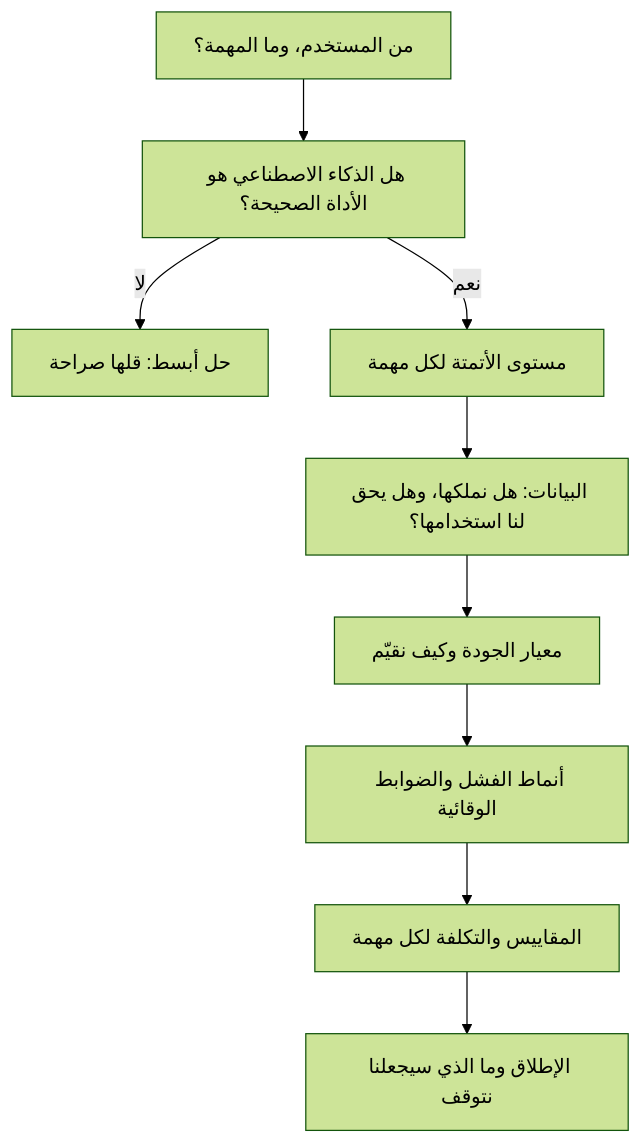
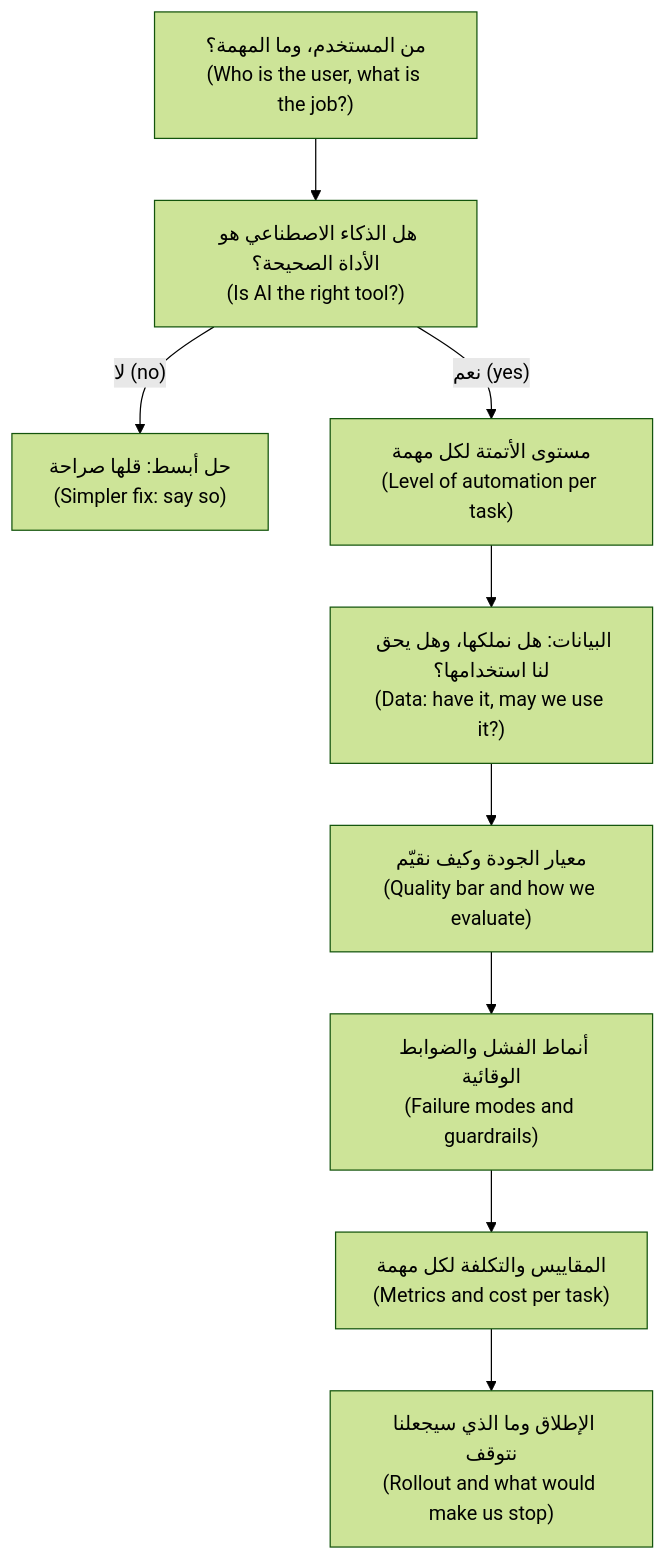
One commit to Tamoura/system-design-for-vibe-coders changed the second of 2 diagrams in aipm/modules/10-capstone.ar.md. Above: the diagram before and after it, drawn with Mermaid (forest theme). The commit also changed other lines of this file and 9 other files, not shown here.

First line of the commit message:
AI PM course (AR): right-to-left diagrams with English labels

````diff
--- a/aipm/modules/10-capstone.ar.md
+++ b/aipm/modules/10-capstone.ar.md
@@ -276,11 +276,11 @@
 ```mermaid
 flowchart TD
-  A["من المستخدم، وما المهمة؟"] --> B["هل الذكاء الاصطناعي هو الأداة الصحيحة؟"]
-  B -->|"لا"| X["حل أبسط: قلها صراحة"]
-  B -->|"نعم"| C["مستوى الأتمتة لكل مهمة"]
-  C --> D["البيانات: هل نملكها، وهل يحق لنا استخدامها؟"]
-  D --> E["معيار الجودة وكيف نقيّم"]
-  E --> F["أنماط الفشل والضوابط الوقائية"]
-  F --> G["المقاييس والتكلفة لكل مهمة"]
-  G --> H["الإطلاق وما الذي سيجعلنا نتوقف"]
+  A["من المستخدم، وما المهمة؟<br/>(Who is the user, what is the job?)"] --> B["هل الذكاء الاصطناعي هو الأداة الصحيحة؟<br/>(Is AI the right tool?)"]
+  B -->|"لا (no)"| X["حل أبسط: قلها صراحة<br/>(Simpler fix: say so)"]
+  B -->|"نعم (yes)"| C["مستوى الأتمتة لكل مهمة<br/>(Level of automation per task)"]
+  C --> D["البيانات: هل نملكها، وهل يحق لنا استخدامها؟<br/>(Data: have it, may we use it?)"]
+  D --> E["معيار الجودة وكيف نقيّم<br/>(Quality bar and how we evaluate)"]
+  E --> F["أنماط الفشل والضوابط الوقائية<br/>(Failure modes and guardrails)"]
+  F --> G["المقاييس والتكلفة لكل مهمة<br/>(Metrics and cost per task)"]
+  G --> H["الإطلاق وما الذي سيجعلنا نتوقف<br/>(Rollout and what would make us stop)"]
 ```
````
